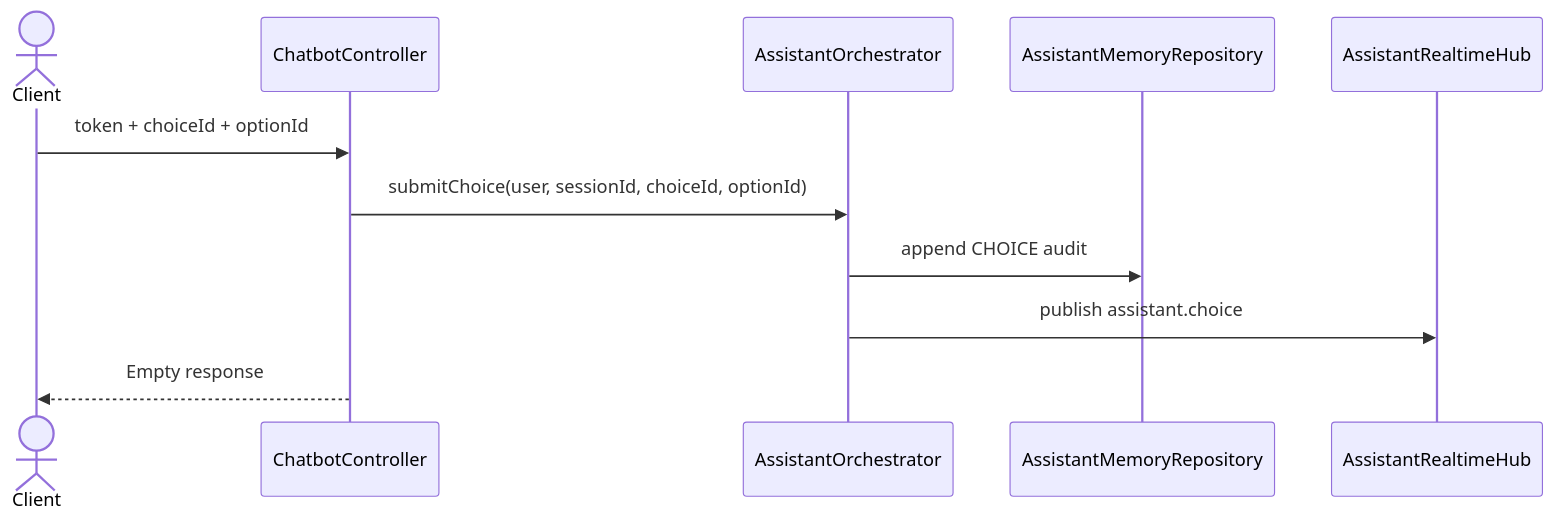
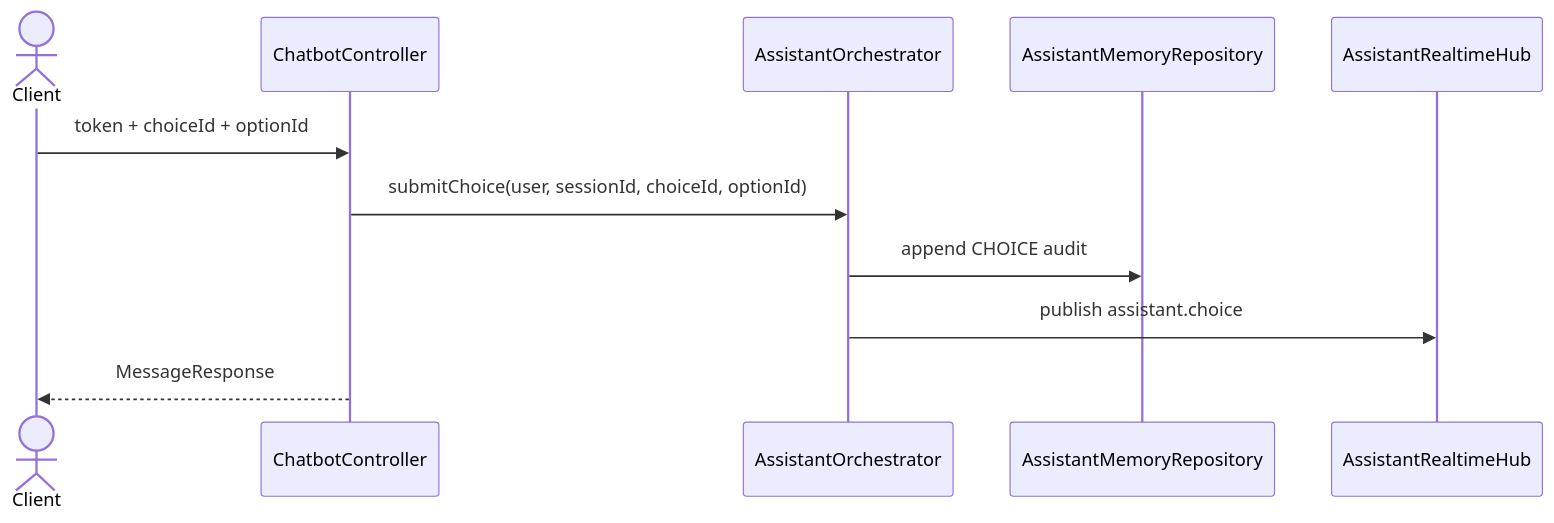
Before and after one commit to mehdieidi/modriss: diagram 11 of 11 in docs/diagrams/13-api-assistant-sequences.md, drawn with Mermaid. The commit also changed other lines of this file and 17 other files, not shown here.

````diff
--- a/docs/diagrams/13-api-assistant-sequences.md
+++ b/docs/diagrams/13-api-assistant-sequences.md
@@ -231,13 +249,13 @@
 ```mermaid
 sequenceDiagram
     actor Client
     participant C as ChatbotController
     participant O as AssistantOrchestrator
     participant Mem as AssistantMemoryRepository
     participant RT as AssistantRealtimeHub
     Client->>C: token + choiceId + optionId
     C->>O: submitChoice(user, sessionId, choiceId, optionId)
     O->>Mem: append CHOICE audit
     O->>RT: publish assistant.choice
-    C-->>Client: Empty response
+    C-->>Client: MessageResponse
 ```
````
